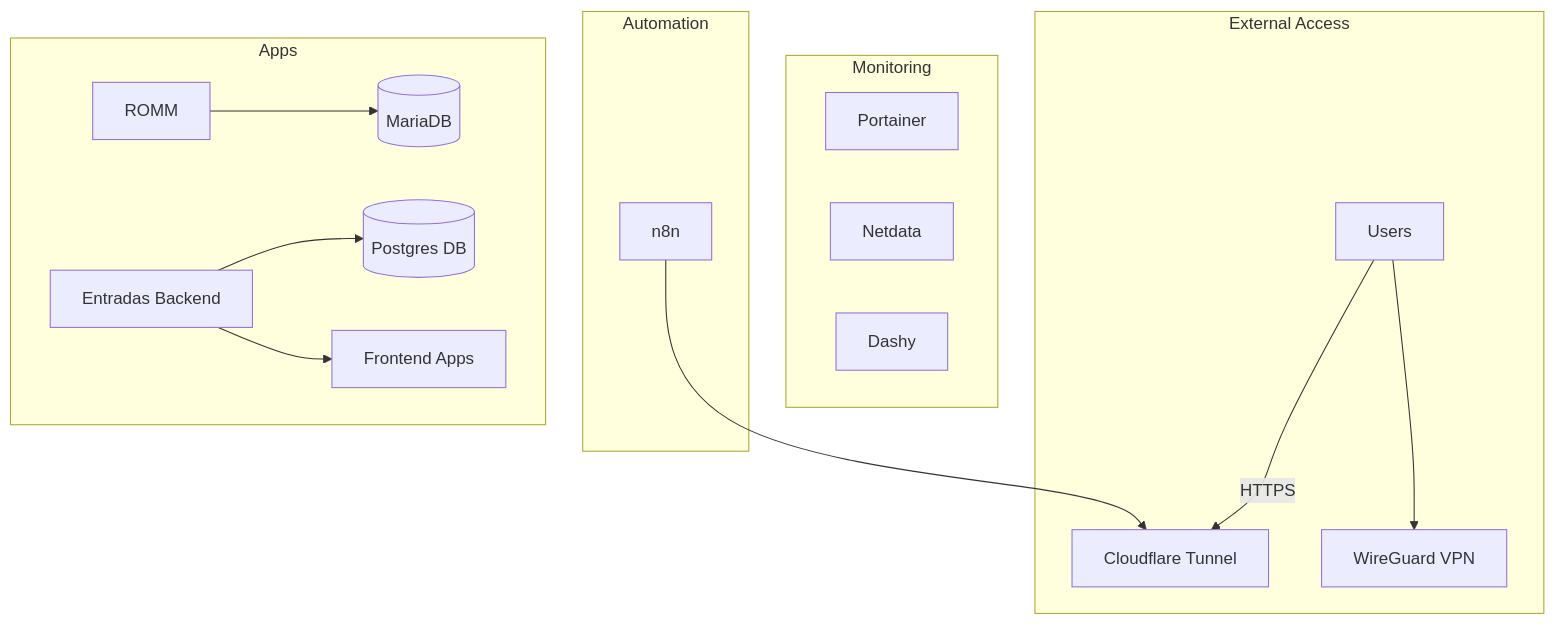
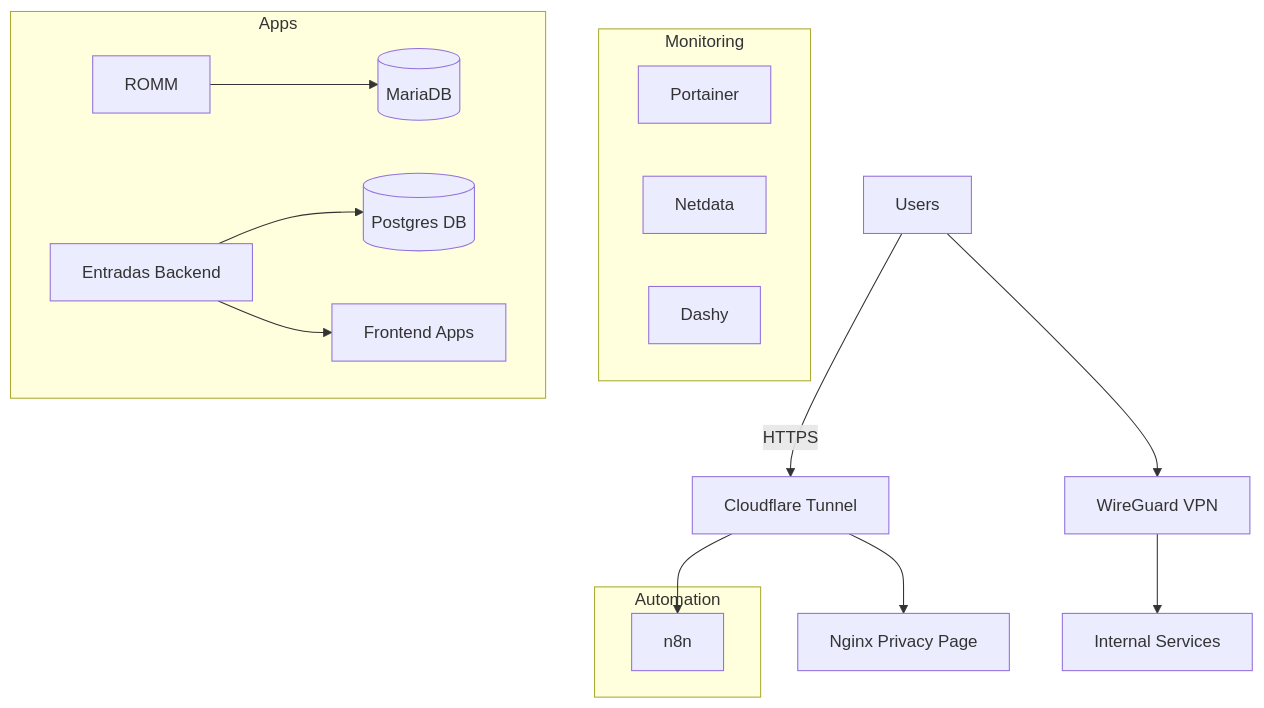
The diagram in README.md (wald16/homelab-infra), drawn with Mermaid before and after one commit. The commit also changed other lines of this file, not shown here.

Commit message:
changes to the readme

````diff
--- a/README.md
+++ b/README.md
@@ -43,24 +44,25 @@
 ```mermaid
 graph TD
-    subgraph External Access
-        U[Users] -->|HTTPS| CF[Cloudflare Tunnel]
-        U --> WG[WireGuard VPN]
-    end
+    U[Users] -->|HTTPS| CF[Cloudflare Tunnel]
+    U --> WG[WireGuard VPN]
+
+    CF --> N8N[n8n]
+    CF --> NG[Nginx Privacy Page]
+    WG --> Internal[Internal Services]
 
     subgraph Monitoring
         P[Portainer]
         ND[Netdata]
         D[Dashy]
     end
 
-    subgraph Automation
-        N8N[n8n]
-        N8N --> CF
-    end
-
     subgraph Apps
         R[ROMM] --> DB[(MariaDB)]
         EB[Entradas Backend] --> PG[(Postgres DB)]
         EB --> FE[Frontend Apps]
     end
+
+    subgraph Automation
+        N8N[n8n]
+    end
 ```
````
